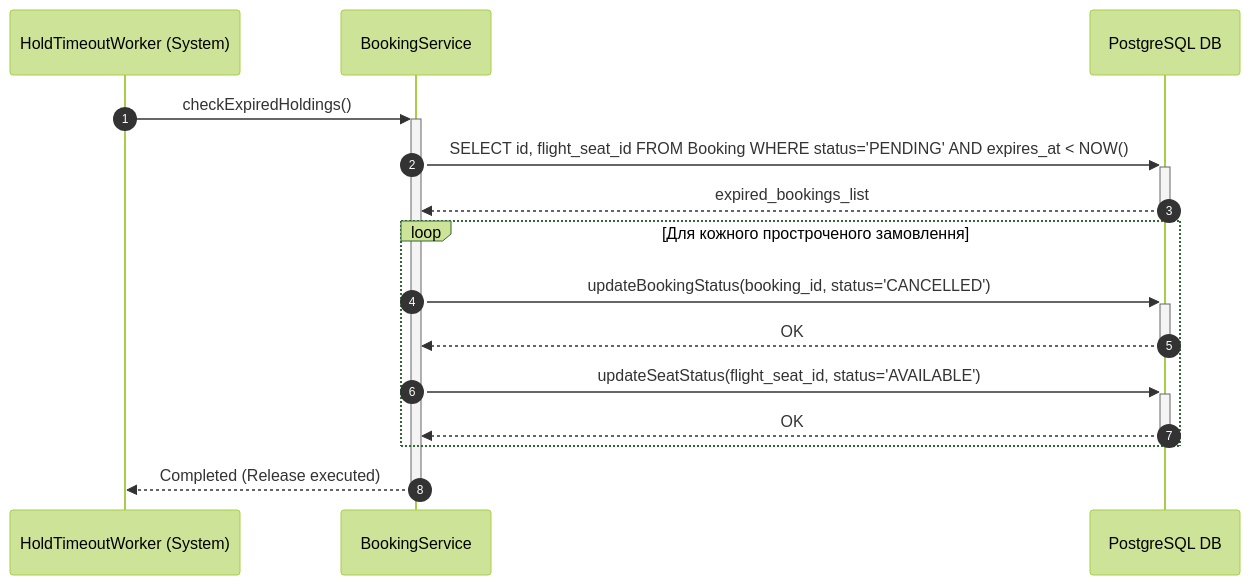
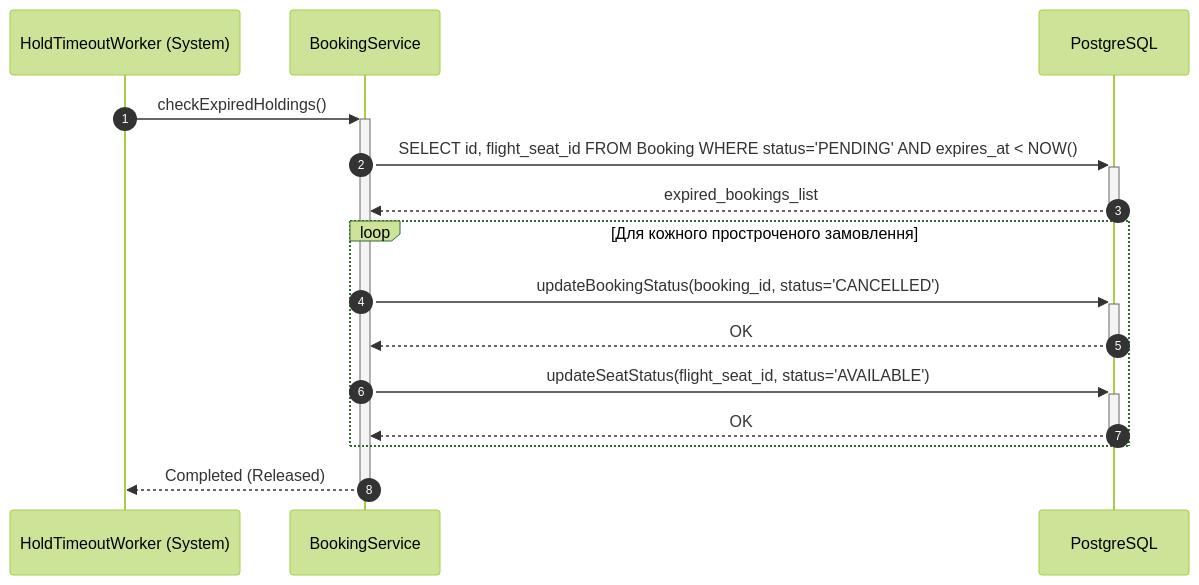
The sixth of 6 diagrams in README.md (MVlance/kpi2_laba), drawn with Mermaid (forest theme) before and after one commit. The commit also changed other lines of this file and 2 other files, not shown here.

Commit message:
feat(sequence-diagram): align sequence diagram with ERD by obtaining user email from DB. add spec.md and adr 0003.

````diff
--- a/README.md
+++ b/README.md
@@ -296,20 +299,20 @@
 ```mermaid
 sequenceDiagram
     autonumber
     participant Worker as HoldTimeoutWorker (System)
     participant Service as BookingService
-    participant DB as PostgreSQL DB
+    participant DB as PostgreSQL
 
     Worker->>+Service: checkExpiredHoldings()
     Service->>+DB: SELECT id, flight_seat_id FROM Booking WHERE status='PENDING' AND expires_at < NOW()
     DB-->>-Service: expired_bookings_list
 
     loop Для кожного простроченого замовлення
         Service->>+DB: updateBookingStatus(booking_id, status='CANCELLED')
         DB-->>-Service: OK
         Service->>+DB: updateSeatStatus(flight_seat_id, status='AVAILABLE')
         DB-->>-Service: OK
     end
 
-    Service-->>-Worker: Completed (Release executed)
+    Service-->>-Worker: Completed (Released)
 ```
````
